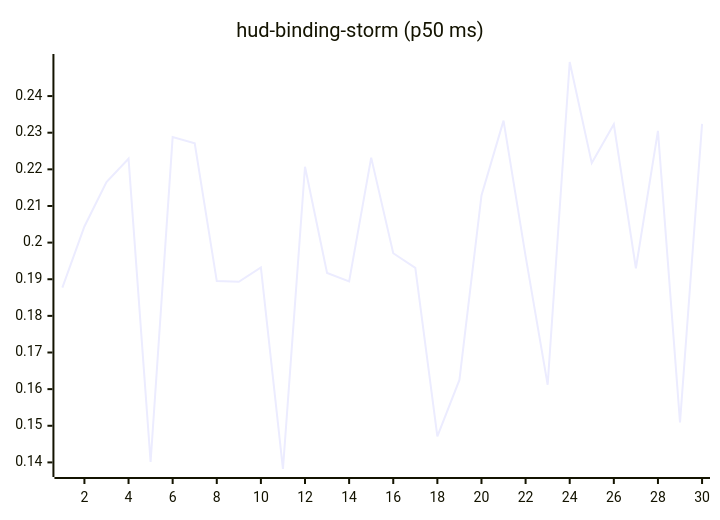
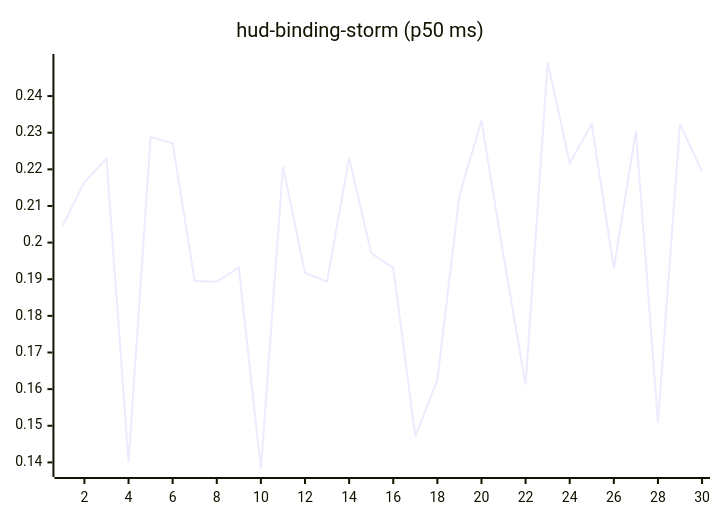
Before and after one commit to josha/Facet: the tenth of 27 diagrams in README.md, drawn with Mermaid. The commit also changed other lines of this file and 2 other files, not shown here.

````diff
--- a/README.md
+++ b/README.md
@@ -126,6 +126,6 @@
 ```mermaid
 xychart-beta
     title "hud-binding-storm (p50 ms)"
     x-axis 1 --> 30
-    line [0.1877, 0.2044, 0.2165, 0.2229, 0.1401, 0.2288, 0.2271, 0.1895, 0.1893, 0.1932, 0.1382, 0.2207, 0.1917, 0.1894, 0.2232, 0.1971, 0.1931, 0.1471, 0.1625, 0.2129, 0.2333, 0.1963, 0.1612, 0.2493, 0.2217, 0.2323, 0.1930, 0.2305, 0.1509, 0.2324]
+    line [0.2044, 0.2165, 0.2229, 0.1401, 0.2288, 0.2271, 0.1895, 0.1893, 0.1932, 0.1382, 0.2207, 0.1917, 0.1894, 0.2232, 0.1971, 0.1931, 0.1471, 0.1625, 0.2129, 0.2333, 0.1963, 0.1612, 0.2493, 0.2217, 0.2323, 0.1930, 0.2305, 0.1509, 0.2324, 0.2193]
 ```
````
